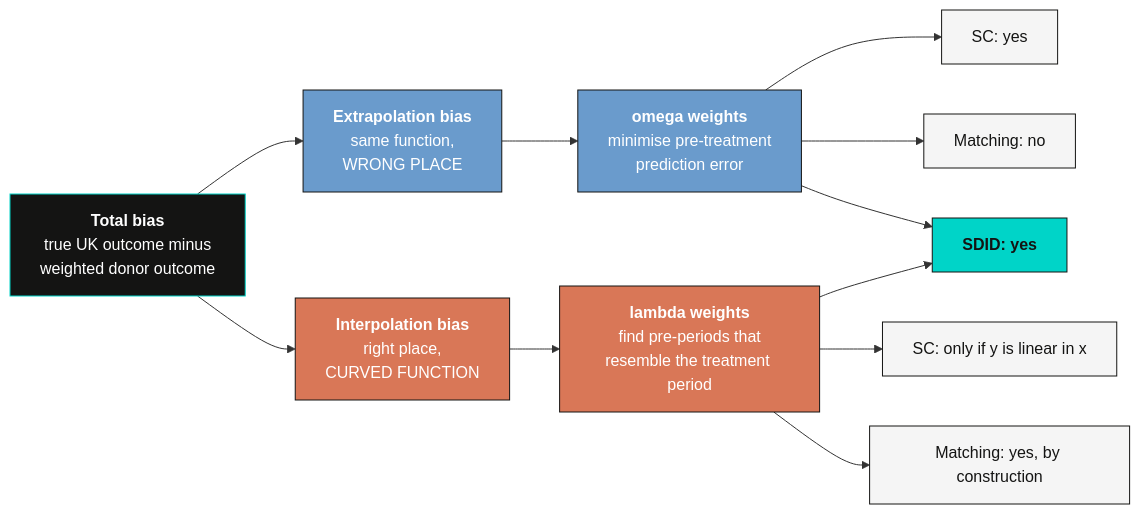
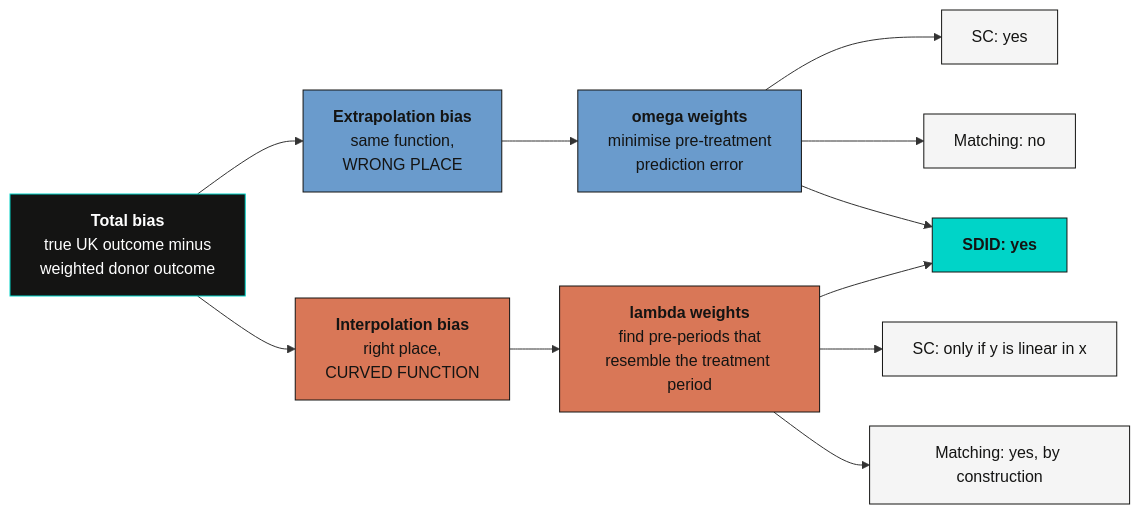
Before and after one commit to cmg777/starter-academic-v501: the third of 4 diagrams in content/post/r_sc_dsc_sdid/index.md, drawn with Mermaid. The commit also changed other lines of this file and 67 other files, not shown here.

First line of the commit message:
fix(mermaid): readable diagram text in both themes across the site

````diff
--- a/content/post/r_sc_dsc_sdid/index.md
+++ b/content/post/r_sc_dsc_sdid/index.md
@@ -860,23 +863,23 @@
 ```mermaid
 graph LR
     T["<b>Total bias</b><br/>true UK outcome minus<br/>weighted donor outcome"] --> X["<b>Extrapolation bias</b><br/>same function,<br/>WRONG PLACE"]
     T --> I["<b>Interpolation bias</b><br/>right place,<br/>CURVED FUNCTION"]
     X --> XA["<b>omega weights</b><br/>minimise pre-treatment<br/>prediction error"]
     I --> IA["<b>lambda weights</b><br/>find pre-periods that<br/>resemble the treatment period"]
     XA --> SC2["SC: yes"]
     XA --> NN2["Matching: no"]
     IA --> SC3["SC: only if y is linear in x"]
     IA --> NN3["Matching: yes, by construction"]
     XA --> SD["<b>SDID: yes</b>"]
     IA --> SD
     style T fill:#141413,stroke:#00d4c8,color:#fff
-    style X fill:#6a9bcc,stroke:#141413,color:#fff
-    style I fill:#d97757,stroke:#141413,color:#fff
-    style XA fill:#6a9bcc,stroke:#141413,color:#fff
-    style IA fill:#d97757,stroke:#141413,color:#fff
+    style X fill:#6a9bcc,stroke:#141413,color:#141413
+    style I fill:#d97757,stroke:#141413,color:#141413
+    style XA fill:#6a9bcc,stroke:#141413,color:#141413
+    style IA fill:#d97757,stroke:#141413,color:#141413
     style SC2 fill:#f5f5f5,stroke:#141413,color:#141413
     style NN2 fill:#f5f5f5,stroke:#141413,color:#141413
     style SC3 fill:#f5f5f5,stroke:#141413,color:#141413
     style NN3 fill:#f5f5f5,stroke:#141413,color:#141413
     style SD fill:#00d4c8,stroke:#141413,color:#141413
 ```
````
